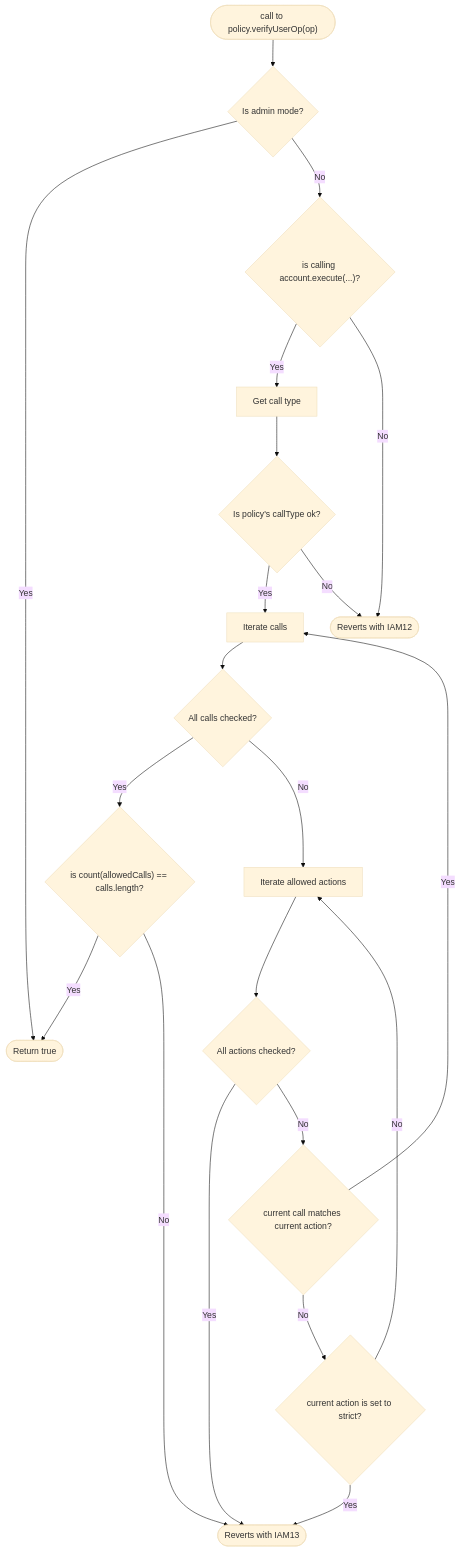
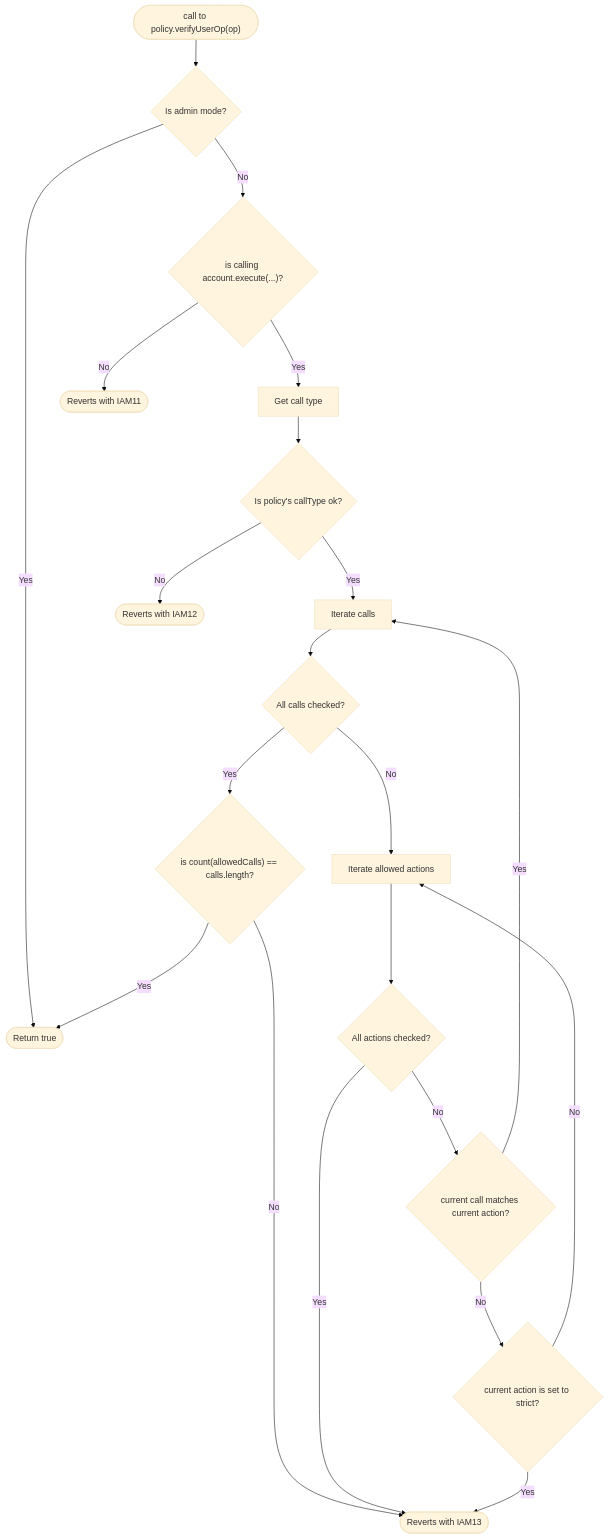
One commit to stackup-wallet/accessctl changed the second of 2 diagrams in README.md. Above: the diagram before and after it, drawn with Mermaid (base theme).

Commit message:
readme: fix flow chart

````diff
--- a/README.md
+++ b/README.md
@@ -153,23 +153,23 @@
 ```mermaid
 flowchart TD
     start(["call to policy.verifyUserOp(op)"])-->isAdmin{Is admin mode?}
     isAdmin-->|Yes|ok([Return true])
     isAdmin-->|No|isExec{"is calling account.execute(...)?"}
     isExec-->|Yes|getCallType["Get call type"]
-    isExec-->|No|iam12([Reverts with IAM12])
+    isExec-->|No|iam11([Reverts with IAM11])
     getCallType-->isCallTypeOk{"Is policy's callType ok?"}
     isCallTypeOk-->|Yes|iterateCalls[Iterate calls]
     isCallTypeOk-->|No|iam12([Reverts with IAM12])
     iterateCalls-->isLastCall{All calls checked?}
     isLastCall-->|Yes|allCallsOk{"is count(allowedCalls) == calls.length?"}
     allCallsOk-->|Yes|ok
     allCallsOk-->|No|iam13([Reverts with IAM13])
     isLastCall-->|No|iterateActions[Iterate allowed actions]
     iterateActions-->isLastAction{All actions checked?}
     isLastAction-->|Yes|iam13
     isLastAction-->|No|isCallActionMatch{current call matches current action?}
     isCallActionMatch-->|No|isStrictMode{current action is set to strict?}
     isStrictMode-->|Yes|iam13
     isStrictMode-->|No|iterateActions
     isCallActionMatch-->|Yes|iterateCalls
 ```
````
